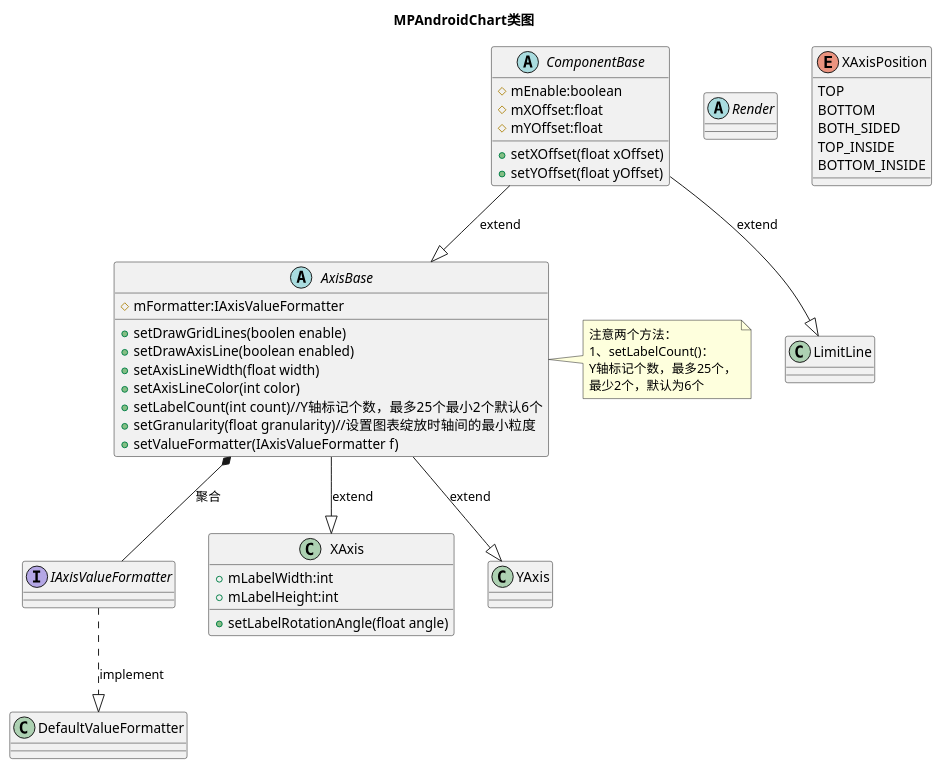
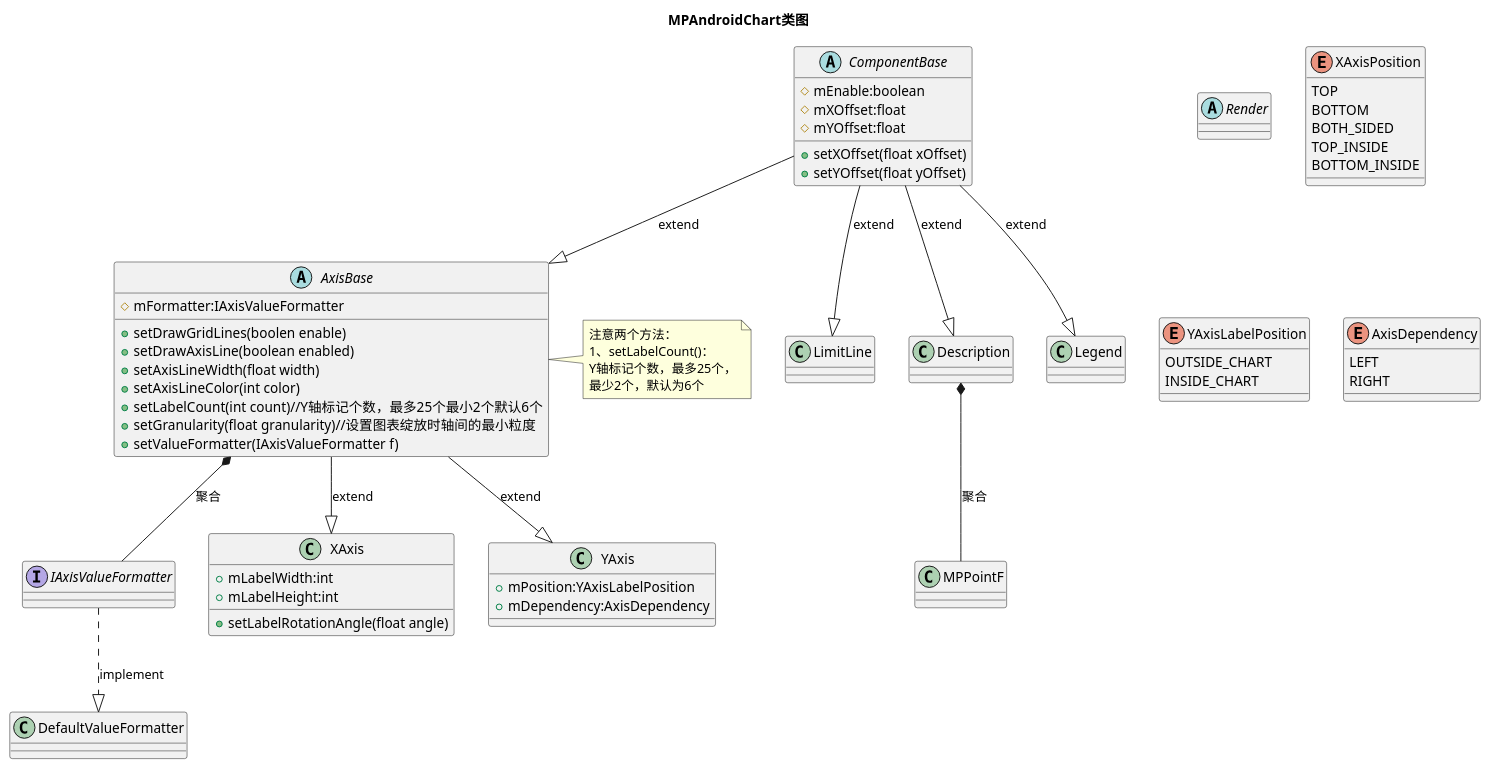
One commit to SunnyLy/MuKeNet changed the diagram in MPChartLib/MPACComponents.puml. Above: the diagram before and after it, drawn with PlantUML.

Commit message:
继续完善UML图。。。。

```diff
--- a/MPChartLib/MPACComponents.puml
+++ b/MPChartLib/MPACComponents.puml
@@ -1,50 +1,68 @@
 @startuml
 title MPAndroidChart类图
 interface IAxisValueFormatter
 class DefaultValueFormatter{
 }
 abstract Render{
 }
 abstract ComponentBase{
 #mEnable:boolean
 #mXOffset:float
 #mYOffset:float
 +setXOffset(float xOffset)
 +setYOffset(float yOffset)
 }
 abstract AxisBase{
 #mFormatter:IAxisValueFormatter
 +setDrawGridLines(boolen enable)
 +setDrawAxisLine(boolean enabled)
 +setAxisLineWidth(float width)
 +setAxisLineColor(int color)
 +setLabelCount(int count)//Y轴标记个数，最多25个最小2个默认6个
 +setGranularity(float granularity)//设置图表绽放时轴间的最小粒度
 +setValueFormatter(IAxisValueFormatter f)
 }
 enum XAxisPosition{
 TOP
 BOTTOM
 BOTH_SIDED
 TOP_INSIDE
 BOTTOM_INSIDE
 }
 class XAxis{
 +mLabelWidth:int
 +mLabelHeight:int
 +setLabelRotationAngle(float angle)
 }
 class YAxis{
++mPosition:YAxisLabelPosition
++mDependency:AxisDependency
+}
+enum YAxisLabelPosition{
+OUTSIDE_CHART
+INSIDE_CHART
+}
+enum AxisDependency{
+LEFT
+RIGHT
 }
 class LimitLine{
 }
+
+class Description{
+}
+class Legend{
+}
+class MPPointF{
+}
 IAxisValueFormatter ..|> DefaultValueFormatter:implement
-
 ComponentBase --|> LimitLine:extend
 ComponentBase --|> AxisBase:extend
 AxisBase --|> XAxis:extend
 AxisBase --|> YAxis:extend
 AxisBase *-- IAxisValueFormatter:聚合
 note right of AxisBase : 注意两个方法：\n1、setLabelCount()：\nY轴标记个数，最多25个，\n最少2个，默认为6个
-
+ComponentBase --|> Description:extend
+Description *-- MPPointF:聚合
+ComponentBase --|> Legend:extend
 @enduml
```
